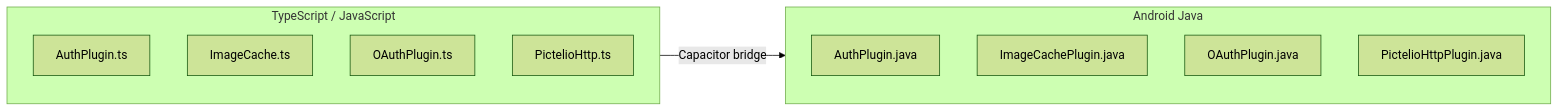
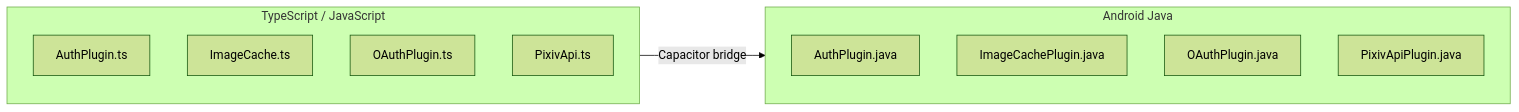
One commit to a1121611810/Pictelio changed the diagram in openwiki/integrations/android-native.md. Above: the diagram before and after it, drawn with Mermaid (forest theme). The commit also changed other lines of this file and 45 other files, not shown here.

````diff
--- a/openwiki/integrations/android-native.md
+++ b/openwiki/integrations/android-native.md
@@ -16,16 +16,16 @@
 ```mermaid
 flowchart LR
     subgraph TS[TypeScript / JavaScript]
         A[AuthPlugin.ts]
         I[ImageCache.ts]
         O[OAuthPlugin.ts]
-        P[PictelioHttp.ts]
+        P[PixivApi.ts]
     end
     subgraph Java[Android Java]
         JA[AuthPlugin.java]
         JI[ImageCachePlugin.java]
         JO[OAuthPlugin.java]
-        JP[PictelioHttpPlugin.java]
+        JP[PixivApiPlugin.java]
     end
     TS -->|Capacitor bridge| Java
 ```
````
